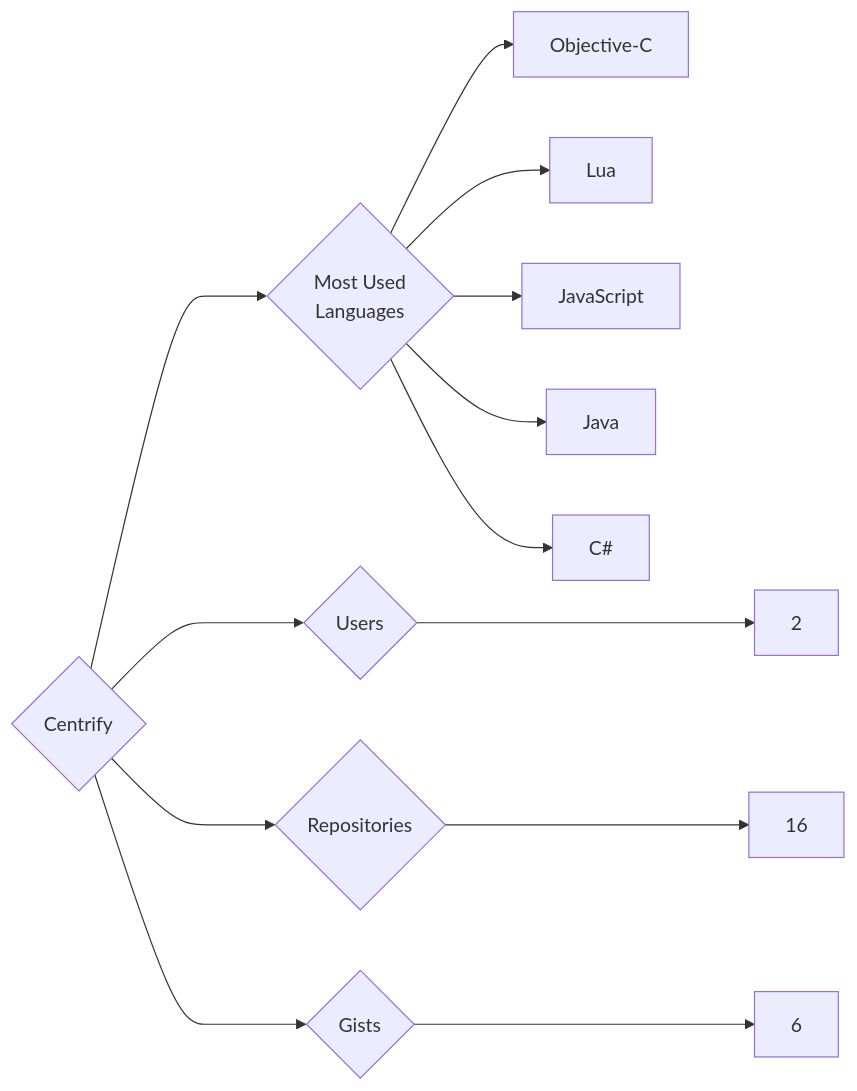
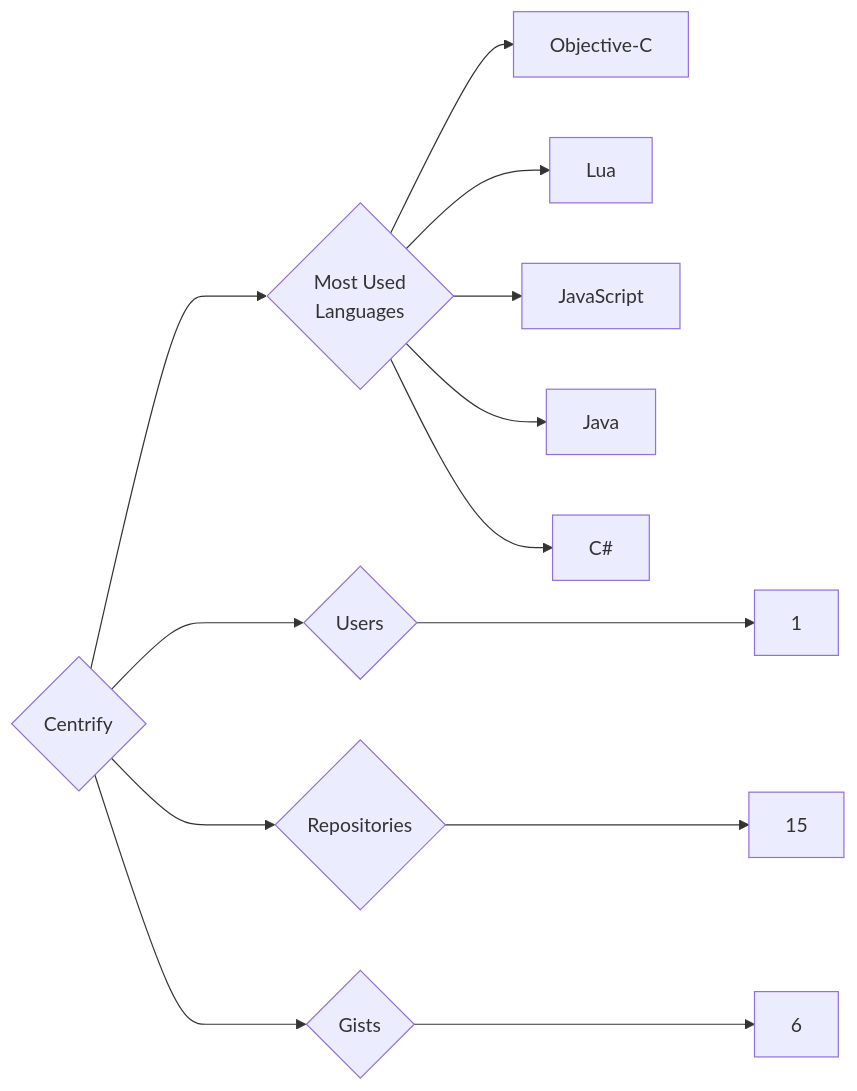
The diagram in targets/Centrify/README.md (trickest/insiders), drawn with Mermaid before and after one commit. The commit also changed 1007 other files, not shown here.

````diff
--- a/targets/Centrify/README.md
+++ b/targets/Centrify/README.md
@@ -3,13 +3,13 @@
 ```mermaid
 graph LR
 COMPANY_NAME{Centrify}
-COMPANY_NAME ---> U{Users} ---> UN[2]
-COMPANY_NAME ---> R{Repositories} ---> RN[16]
+COMPANY_NAME ---> U{Users} ---> UN[1]
+COMPANY_NAME ---> R{Repositories} ---> RN[15]
 COMPANY_NAME ---> G{Gists} ---> GN[6]
 COMPANY_NAME ---> ML{Most Used<br>Languages}
 ML --> Objective-C[Objective-C]
 ML --> Lua[Lua]
 ML --> JavaScript[JavaScript]
 ML --> Java[Java]
 ML --> C#[C#]
 ```
````
